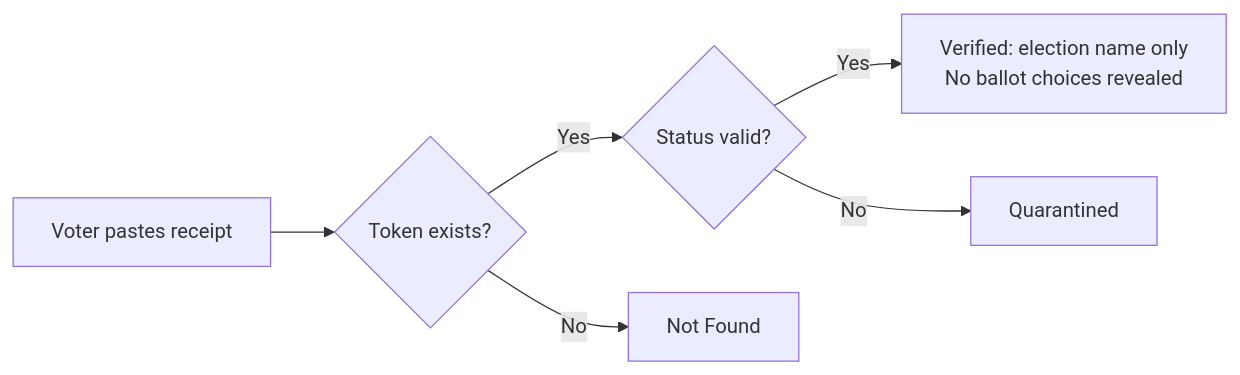
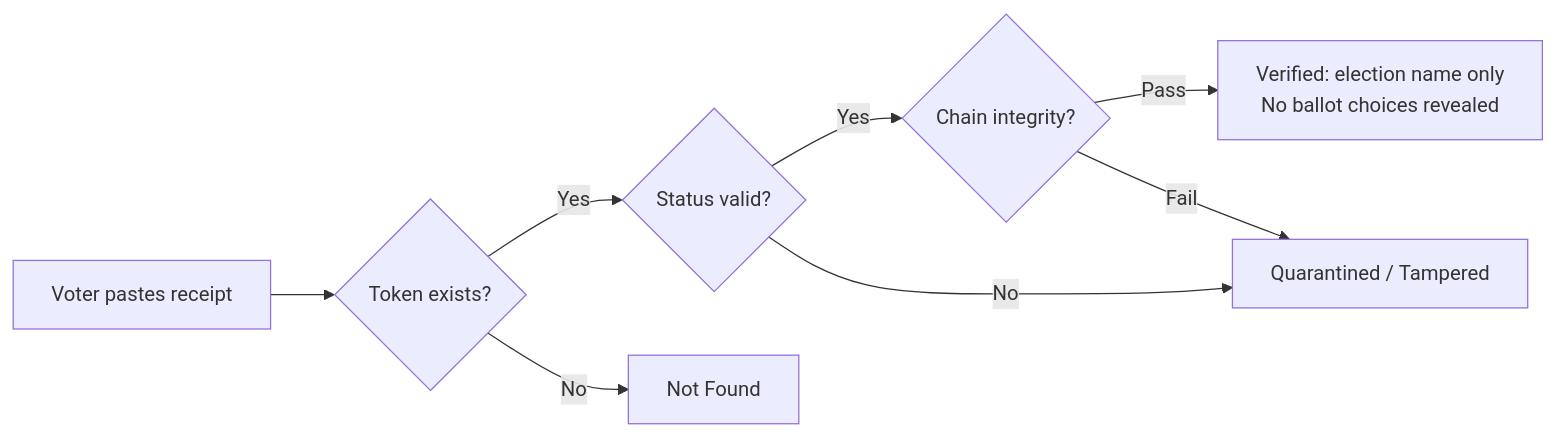
One commit to gutlibe/denkudi changed the fourth of 4 diagrams in docs/architecture.md. Above: the diagram before and after it, drawn with Mermaid. The commit also changed other lines of this file and 1 other file, not shown here.

Commit message:
docs: update architecture and stack docs to reflect current codebase changes

````diff
--- a/docs/architecture.md
+++ b/docs/architecture.md
@@ -77,8 +77,10 @@
 ```mermaid
 flowchart LR
     A[Voter pastes receipt] --> B{Token exists?}
     B -->|Yes| C{Status valid?}
     B -->|No| D[Not Found]
-    C -->|Yes| E[Verified: election name only<br/>No ballot choices revealed]
-    C -->|No| F[Quarantined]
+    C -->|Yes| E{Chain integrity?}
+    C -->|No| F[Quarantined / Tampered]
+    E -->|Pass| G[Verified: election name only<br/>No ballot choices revealed]
+    E -->|Fail| F
 ```
````
